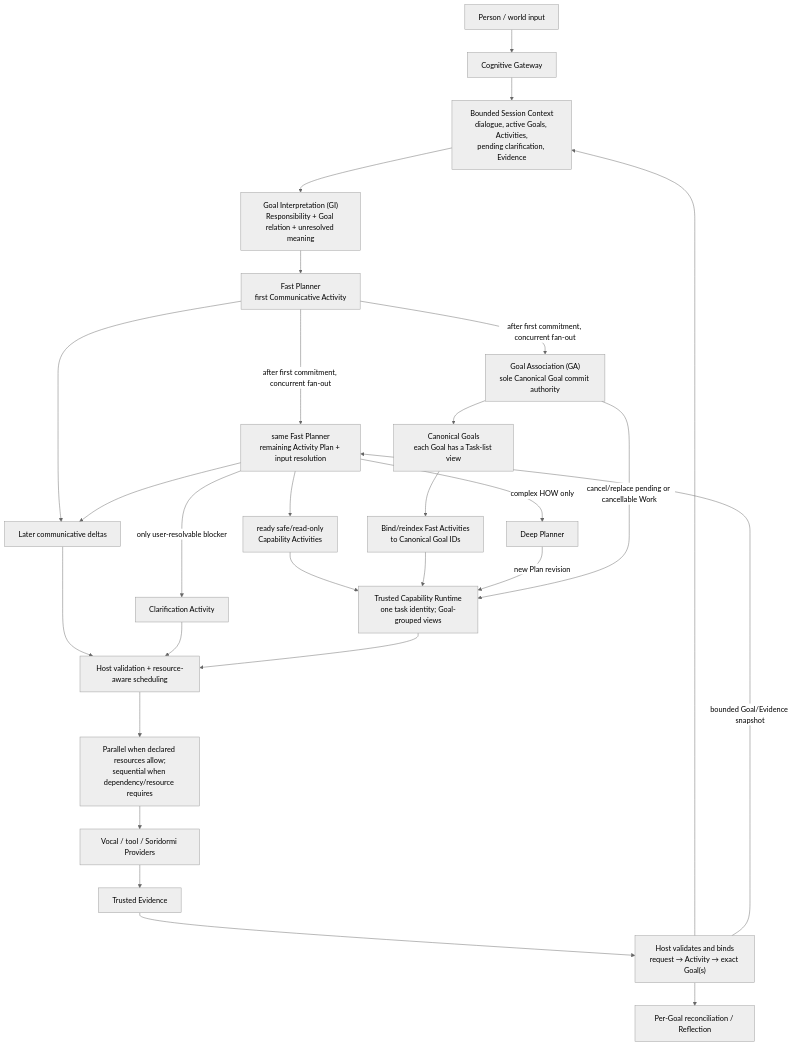
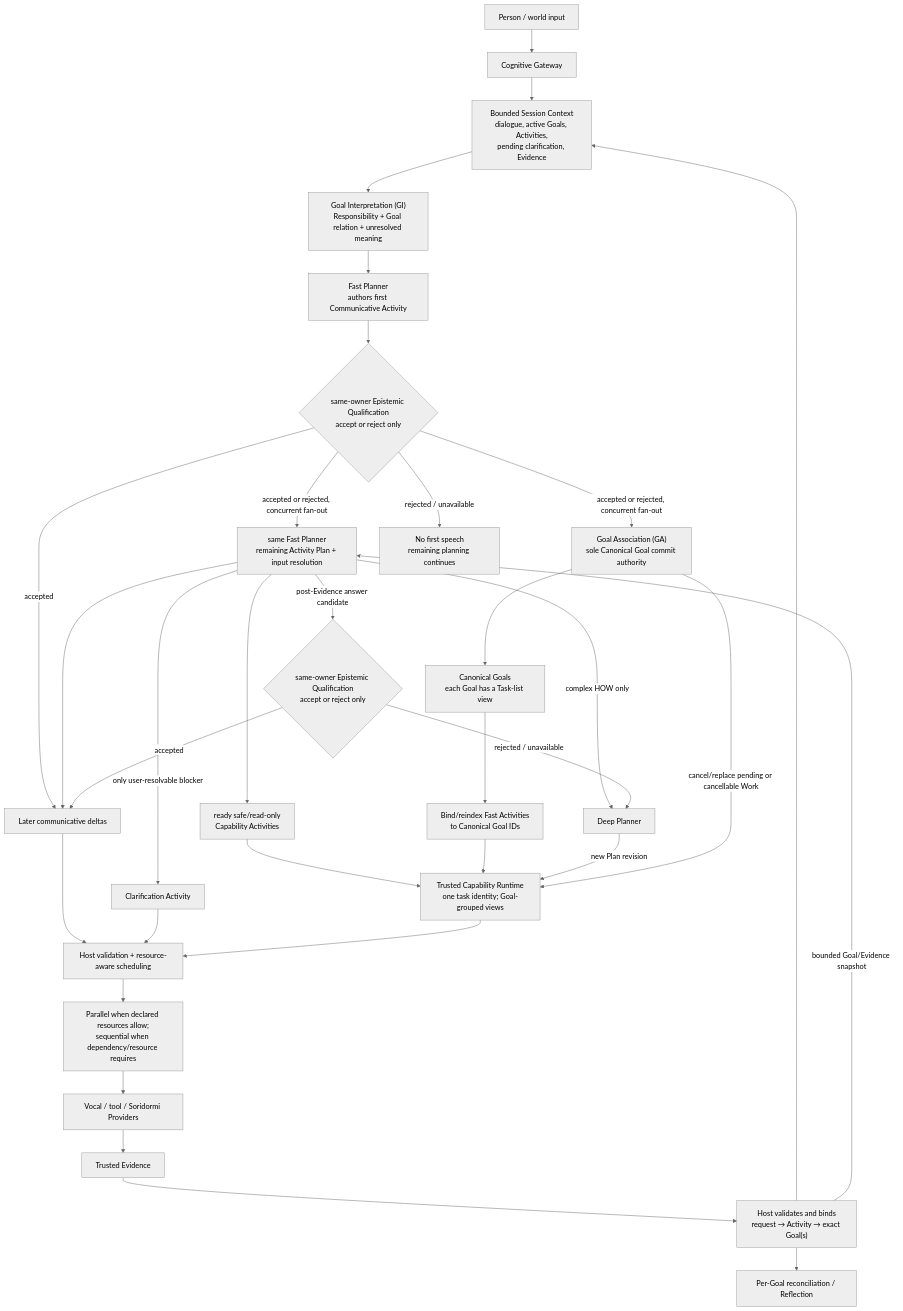
The diagram in docs/PROJECT_CHARTER.md (TimeTreker/chromie), drawn with Mermaid (neutral theme) before and after one commit. The commit also changed other lines of this file and 33 other files, not shown here.

Commit message:
fix: ground fast weather interaction in exact evidence

````diff
--- a/docs/PROJECT_CHARTER.md
+++ b/docs/PROJECT_CHARTER.md
@@ -117,34 +117,39 @@
 ```mermaid
 flowchart TD
     U["Person / world input"] --> GW["Cognitive Gateway"]
     GW --> CTX["Bounded Session Context<br/>dialogue, active Goals, Activities,<br/>pending clarification, Evidence"]
     CTX --> GI["Goal Interpretation (GI)<br/>Responsibility + Goal relation + unresolved meaning"]
 
-    GI --> FFR["Fast Planner<br/>first Communicative Activity"]
-    FFR -->|"after first commitment, concurrent fan-out"| FP["same Fast Planner<br/>remaining Activity Plan + input resolution"]
-    FFR -->|"after first commitment, concurrent fan-out"| GA["Goal Association (GA)<br/>sole Canonical Goal commit authority"]
+    GI --> FFA["Fast Planner<br/>authors first Communicative Activity"]
+    FFA --> EQ{"same-owner Epistemic Qualification<br/>accept or reject only"}
+    EQ -->|"accepted or rejected, concurrent fan-out"| FP["same Fast Planner<br/>remaining Activity Plan + input resolution"]
+    EQ -->|"accepted or rejected, concurrent fan-out"| GA["Goal Association (GA)<br/>sole Canonical Goal commit authority"]
 
-    FFR --> COMM["Immediate Communicative Activity<br/>exact text + truth provenance<br/>or explicit silence"]
+    EQ -->|"accepted"| COMM["Immediate Communicative Activity<br/>exact text + truth provenance"]
+    EQ -->|"rejected / unavailable"| SILENCE["No first speech<br/>remaining planning continues"]
     FP --> COMM["Later communicative deltas"]
     FP --> SAFE["ready safe/read-only<br/>Capability Activities"]
     FP -->|"complex HOW only"| DP["Deep Planner"]
     FP -->|"only user-resolvable blocker"| ASK["Clarification Activity"]
 
     GA --> GOALS["Canonical Goals<br/>each Goal has a Task-list view"]
     GOALS --> BIND["Bind/reindex Fast Activities<br/>to Canonical Goal IDs"]
     SAFE --> TCR["Trusted Capability Runtime<br/>one task identity; Goal-grouped views"]
     BIND --> TCR
     DP -->|"new Plan revision"| TCR
     GA -->|"cancel/replace pending or cancellable Work"| TCR
 
     COMM --> ARB["Host validation + resource-aware scheduling"]
     ASK --> ARB
     TCR --> ARB
     ARB --> PAR["Parallel when declared resources allow;<br/>sequential when dependency/resource requires"]
     PAR --> PROVIDERS["Vocal / tool / Soridormi Providers"]
     PROVIDERS --> EVIDENCE["Trusted Evidence"]
     EVIDENCE --> ATTACH["Host validates and binds<br/>request → Activity → exact Goal(s)"]
     ATTACH --> CTX
     ATTACH -->|"bounded Goal/Evidence snapshot"| FP
+    FP -->|"post-Evidence answer candidate"| POSTEQ{"same-owner Epistemic Qualification<br/>accept or reject only"}
+    POSTEQ -->|"accepted"| COMM
+    POSTEQ -->|"rejected / unavailable"| DP
     ATTACH --> RECON["Per-Goal reconciliation / Reflection"]
 ```
````
